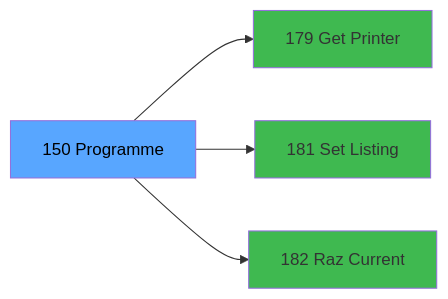
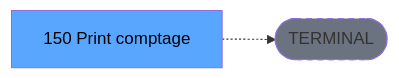
Before and after one commit to thonyAGP/lecteur-magic: the third of 3 diagrams in .openspec/renders/ADH-IDE-150.md, drawn with Mermaid. The commit also changed other lines of this file and 701 other files, not shown here.

````diff
--- a/.openspec/renders/ADH-IDE-150.md
+++ b/.openspec/renders/ADH-IDE-150.md
@@ -141,14 +137,8 @@
 ```mermaid
 graph LR
-    T[150 Programme]
-    C179[179 Get Printer]
-    T --> C179
-    C181[181 Set Listing ]
-    T --> C181
-    C182[182 Raz Current ]
-    T --> C182
+    T[150 Print comptage ]
+    TERM([TERMINAL])
+    T -.-> TERM
+    style TERM fill:#6b7280,stroke-dasharray: 5 5
     style T fill:#58a6ff,color:#000
-    style C179 fill:#3fb950
-    style C181 fill:#3fb950
-    style C182 fill:#3fb950
 ```
````
